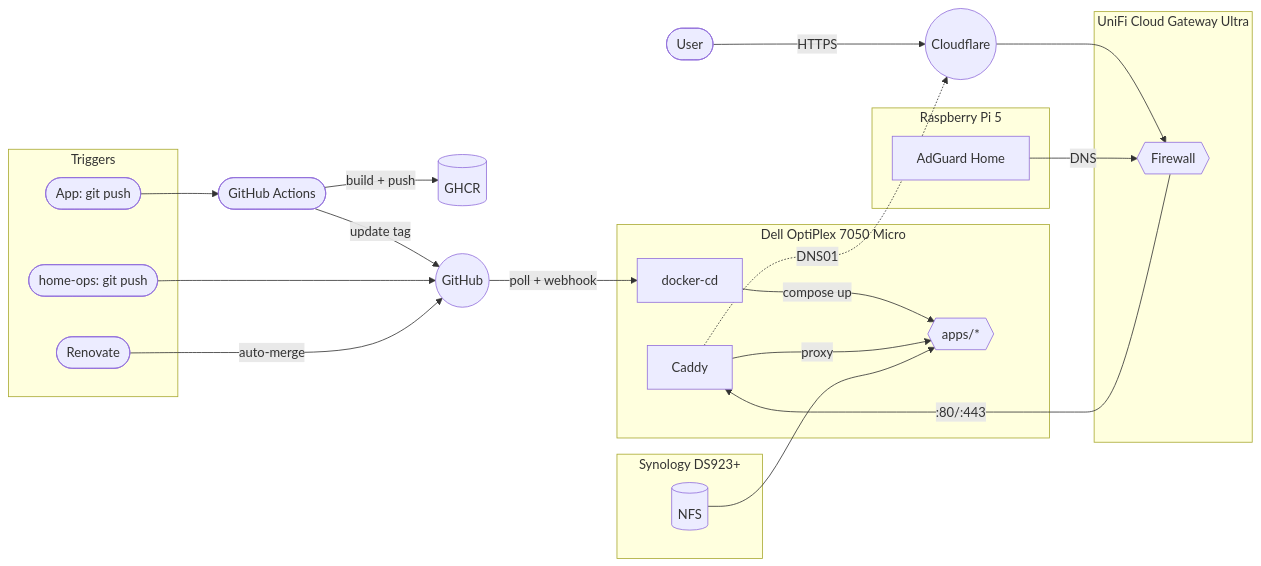
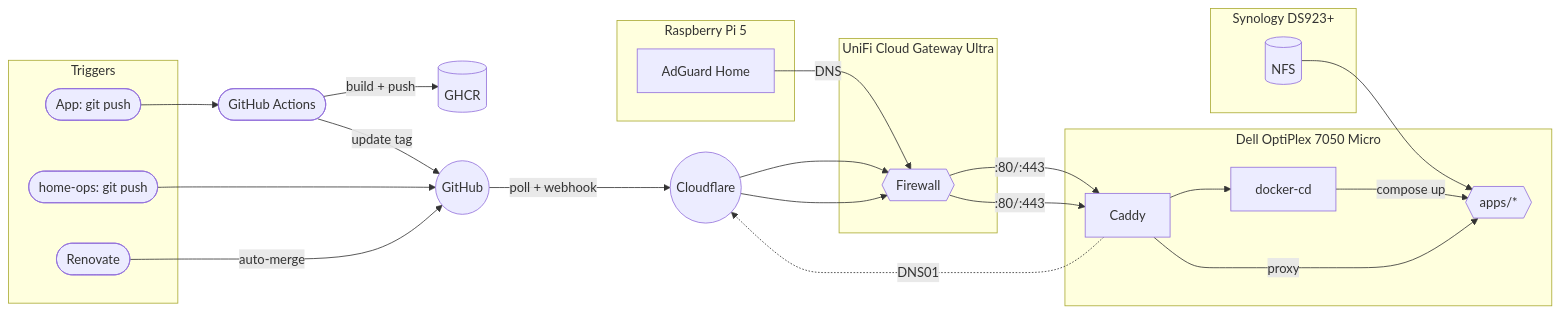
One commit to wajeht/home-ops changed the diagram in README.md. Above: the diagram before and after it, drawn with Mermaid.

Commit message:
docs: update architecture diagram to clarify traffic flow

````diff
--- a/README.md
+++ b/README.md
@@ -16,37 +16,37 @@
 ```mermaid
 flowchart LR
     subgraph triggers[Triggers]
         app_push([App: git push])
         ops_push([home-ops: git push])
         renovate([Renovate])
     end
 
     app_push --> ci([GitHub Actions]) -->|build + push| ghcr[(GHCR)]
     ci -->|update tag| github((GitHub))
     ops_push --> github
     renovate -->|auto-merge| github
-    github -->|poll + webhook| docker_cd
+    github -->|poll + webhook| cf((Cloudflare)) --> unifi -->|:80/:443| caddy --> docker_cd
 
     subgraph dell[Dell OptiPlex 7050 Micro]
         docker_cd[docker-cd] -->|compose up| apps{{apps/*}}
         caddy[Caddy] -->|proxy| apps
     end
 
     subgraph nas[Synology DS923+]
         nfs[(NFS)]
     end
 
     subgraph ucg[UniFi Cloud Gateway Ultra]
         unifi{{Firewall}}
     end
 
     subgraph pi[Raspberry Pi 5]
         adguard[AdGuard Home]
     end
 
     nfs --> apps
-    user([User]) -->|HTTPS| cf((Cloudflare)) --> unifi
+    cf((Cloudflare)) --> unifi
     adguard -->|DNS| unifi
     unifi -->|:80/:443| caddy
     caddy -.->|DNS01| cf
 ```
````
